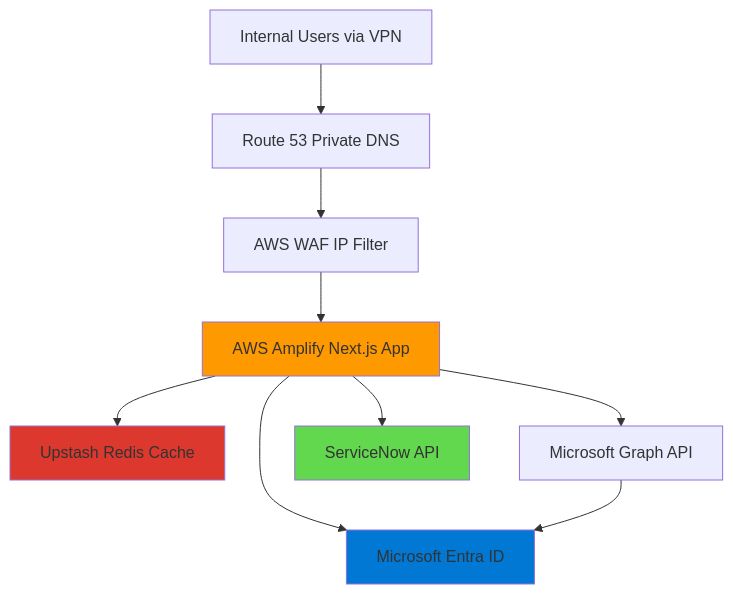
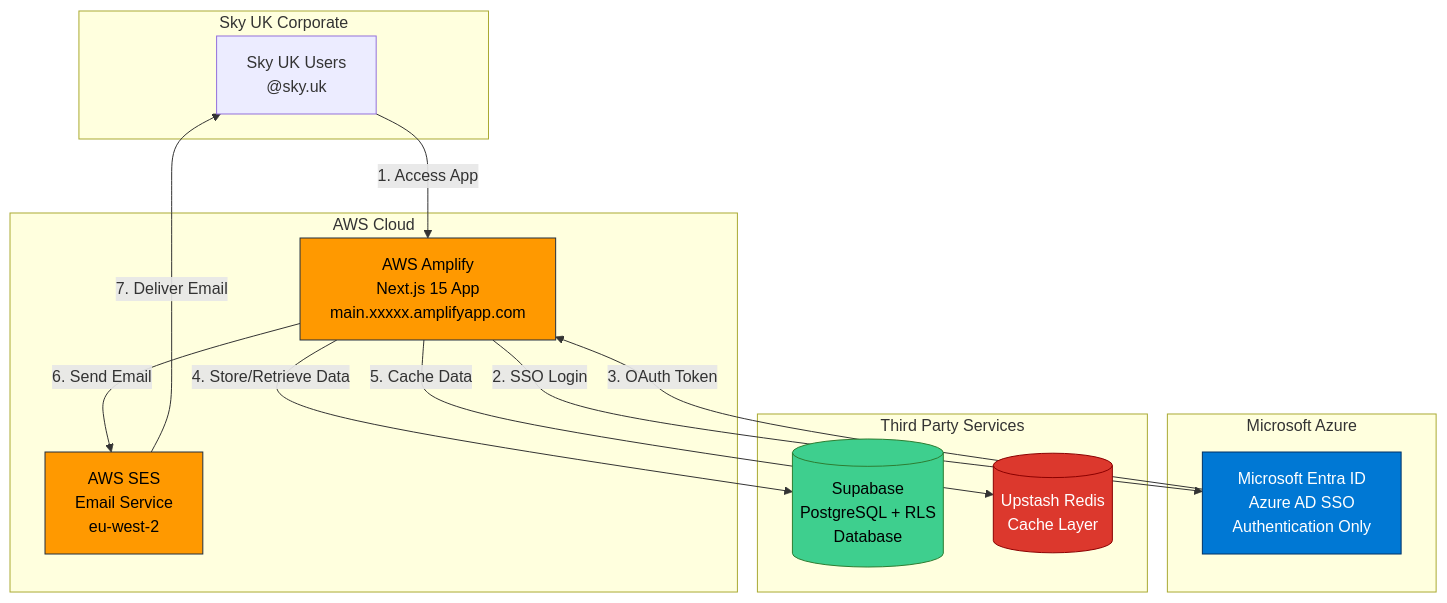
The diagram in docs/diagrams/main-architecture.mmd (avafox/v0-form-builder), drawn with Mermaid before and after one commit. The commit also changed 3 other files, not shown here.

First line of the commit message:
docs: update architecture and auth diagrams to reflect current setup

```diff
--- a/docs/diagrams/main-architecture.mmd
+++ b/docs/diagrams/main-architecture.mmd
@@ -1,23 +1,32 @@
 graph TB
-    Users[Internal Users via VPN]
-    R53[Route 53 Private DNS]
-    WAF[AWS WAF IP Filter]
-    Amplify[AWS Amplify Next.js App]
-    Redis[Upstash Redis Cache]
-    EntraID[Microsoft Entra ID]
-    Graph[Microsoft Graph API]
-    SNOW[ServiceNow API]
+    subgraph "Sky UK Corporate"
+        Users[Sky UK Users<br/>@sky.uk]
+    end
+
+    subgraph "AWS Cloud"
+        Amplify[AWS Amplify<br/>Next.js 15 App<br/>main.xxxxx.amplifyapp.com]
+        SES[AWS SES<br/>Email Service<br/>eu-west-2]
+    end
+
+    subgraph "Microsoft Azure"
+        EntraID[Microsoft Entra ID<br/>Azure AD SSO<br/>Authentication Only]
+    end
+
+    subgraph "Third Party Services"
+        Supabase[(Supabase<br/>PostgreSQL + RLS<br/>Database)]
+        Redis[(Upstash Redis<br/>Cache Layer)]
+    end
+
+    Users -->|1. Access App| Amplify
+    Amplify -->|2. SSO Login| EntraID
+    EntraID -->|3. OAuth Token| Amplify
+    Amplify -->|4. Store/Retrieve Data| Supabase
+    Amplify -->|5. Cache Data| Redis
+    Amplify -->|6. Send Email| SES
+    SES -->|7. Deliver Email| Users
     
-    Users --> R53
-    R53 --> WAF
-    WAF --> Amplify
-    Amplify --> EntraID
-    Amplify --> Redis
-    Amplify --> Graph
-    Amplify --> SNOW
-    Graph --> EntraID
-    
-    style Amplify fill:#FF9900
-    style EntraID fill:#0078D4
-    style Redis fill:#DC382D
-    style SNOW fill:#62D84E
+    style Amplify fill:#FF9900,stroke:#232F3E,color:#000
+    style SES fill:#FF9900,stroke:#232F3E,color:#000
+    style EntraID fill:#0078D4,stroke:#003366,color:#fff
+    style Supabase fill:#3ECF8E,stroke:#2E7D32,color:#000
+    style Redis fill:#DC382D,stroke:#8B0000,color:#fff
```
